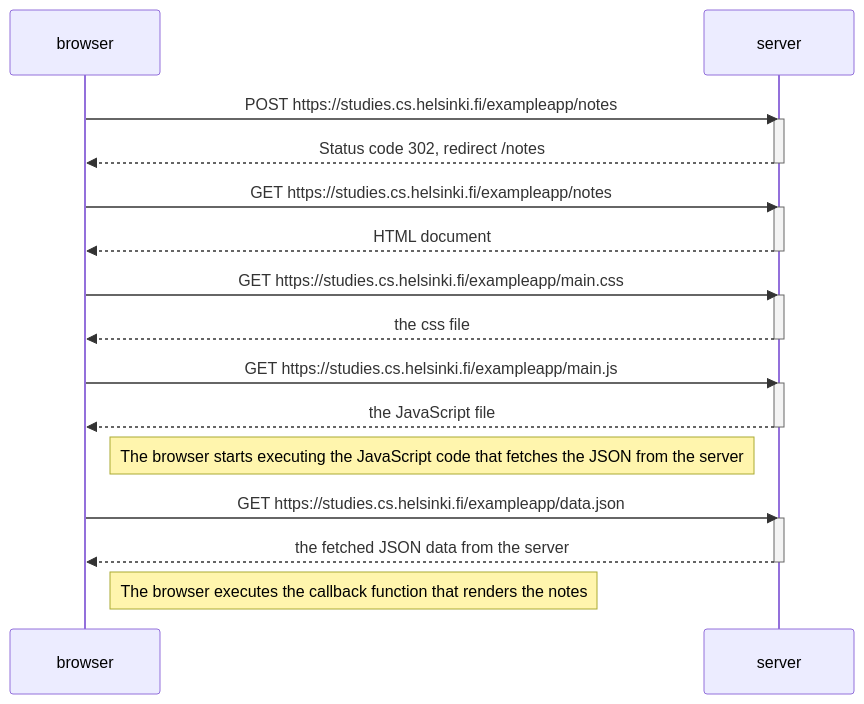
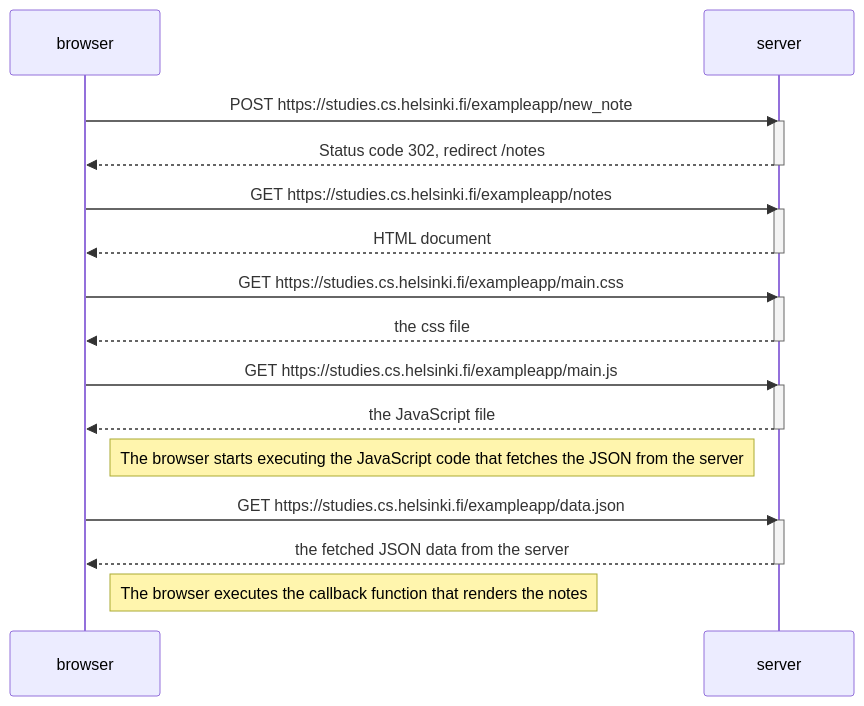
Before and after one commit to nila-4-96/fullstack-palautukset: the diagram in osa0/0-4.md, drawn with Mermaid. The commit also changed 2 other files, not shown here.

Commit message:
Tehtävä 0.4, 0.5, 0.6

````diff
--- a/osa0/0-4.md
+++ b/osa0/0-4.md
@@ -1,34 +1,34 @@
 ```mermaid
 sequenceDiagram
     participant browser 
     participant server
 
-    browser->>server: POST https://studies.cs.helsinki.fi/exampleapp/notes
+    browser->>server: POST https://studies.cs.helsinki.fi/exampleapp/new_note
     activate server
     server-->>browser: Status code 302, redirect /notes
     deactivate server
 
     browser->>server: GET https://studies.cs.helsinki.fi/exampleapp/notes
     activate server
     server-->>browser: HTML document
     deactivate server
 
     browser->>server: GET https://studies.cs.helsinki.fi/exampleapp/main.css
     activate server
     server-->>browser: the css file
     deactivate server
 
     browser->>server: GET https://studies.cs.helsinki.fi/exampleapp/main.js
     activate server
     server-->>browser: the JavaScript file
     deactivate server
 
     Note right of browser: The browser starts executing the JavaScript code that fetches the JSON from the server
 
     browser->>server: GET https://studies.cs.helsinki.fi/exampleapp/data.json
     activate server
     server-->>browser: the fetched JSON data from the server
     deactivate server
 
     Note right of browser: The browser executes the callback function that renders the notes 
 ```
````
